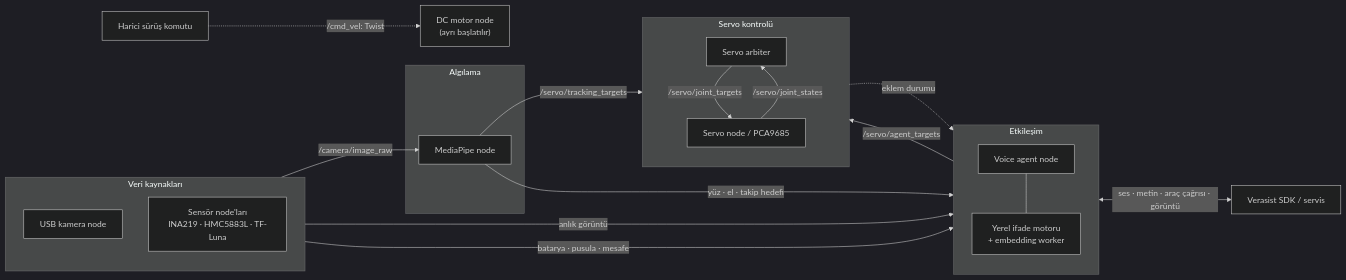
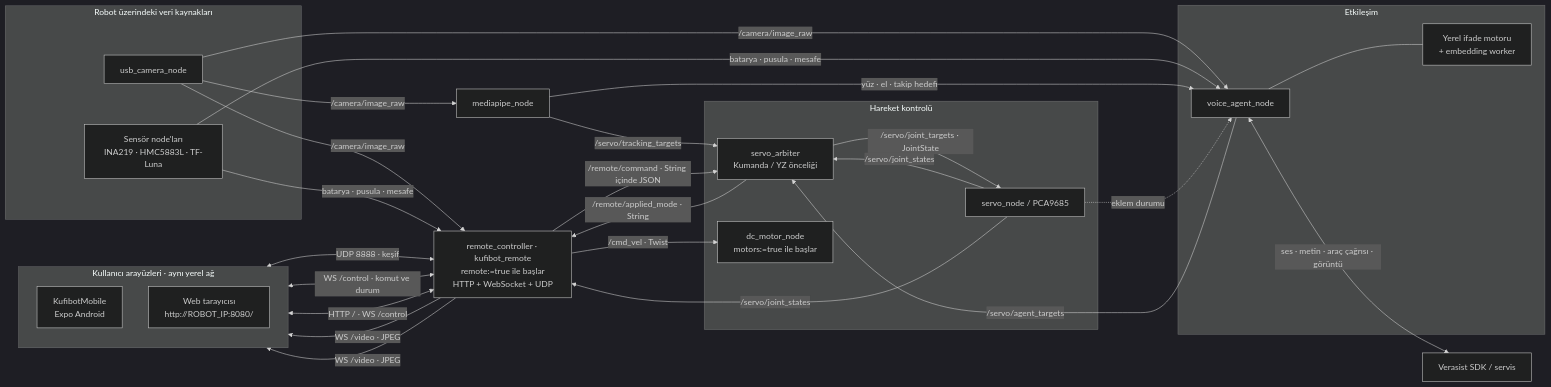
One commit to electronicengine/kufibot.ros2 changed the first of 3 diagrams in README.md. Above: the diagram before and after it, drawn with Mermaid (dark theme). The commit also changed other lines of this file and 41 other files, not shown here.

Commit message:
mobile and web app

````diff
--- a/README.md
+++ b/README.md
@@ -55,40 +70,50 @@
 ```mermaid
 flowchart LR
-    subgraph Input["Veri kaynakları"]
+    subgraph Clients["Kullanıcı arayüzleri · aynı yerel ağ"]
         direction TB
-        Camera["USB kamera node"]
+        Mobile["KufibotMobile<br/>Expo Android"]
+        Browser["Web tarayıcısı<br/>http://ROBOT_IP:8080/"]
+    end
+
+    subgraph Input["Robot üzerindeki veri kaynakları"]
+        Camera["usb_camera_node"]
         Sensors["Sensör node'ları<br/>INA219 · HMC5883L · TF-Luna"]
     end
 
-    subgraph Perception["Algılama"]
-        MP["MediaPipe node"]
+    MP["mediapipe_node"]
+    subgraph Interaction["Etkileşim"]
+        Voice["voice_agent_node"]
+        Expressions["Yerel ifade motoru<br/>+ embedding worker"]
+    end
+    Remote["remote_controller · kufibot_remote<br/>remote:=true ile başlar<br/>HTTP + WebSocket + UDP"]
+    Cloud["Verasist SDK / servis"]
+
+    subgraph Motion["Hareket kontrolü"]
+        Arbiter["servo_arbiter<br/>Kumanda / YZ önceliği"]
+        Servo["servo_node / PCA9685"]
+        Motor["dc_motor_node<br/>motors:=true ile başlar"]
     end
 
-    subgraph Interaction["Etkileşim"]
-        direction TB
-        Voice["Voice agent node"]
-        Expressions["Yerel ifade motoru<br/>+ embedding worker"]
-    end
-
-    subgraph Motion["Servo kontrolü"]
-        direction TB
-        Arbiter["Servo arbiter"]
-        Servo["Servo node / PCA9685"]
-    end
-
-    Cloud["Verasist SDK / servis"]
-
+    Mobile <-->|UDP 8888 · keşif| Remote
+    Mobile <-->|WS /control · komut ve durum| Remote
+    Browser <-->|HTTP / · WS /control| Remote
+    Remote -->|WS /video · JPEG| Mobile
+    Remote -->|WS /video · JPEG| Browser
     Camera -->|/camera/image_raw| MP
-    Camera -->|anlık görüntü| Voice
+    Camera -->|/camera/image_raw| Voice
+    Camera -->|/camera/image_raw| Remote
     Sensors -->|batarya · pusula · mesafe| Voice
+    Sensors -->|batarya · pusula · mesafe| Remote
     MP -->|yüz · el · takip hedefi| Voice
     MP -->|/servo/tracking_targets| Arbiter
     Voice --- Expressions
     Voice <-->|ses · metin · araç çağrısı · görüntü| Cloud
     Voice -->|/servo/agent_targets| Arbiter
-    Arbiter -->|/servo/joint_targets| Servo
+    Remote -->|/remote/command · String içinde JSON| Arbiter
+    Arbiter -->|/remote/applied_mode · String| Remote
+    Arbiter -->|/servo/joint_targets · JointState| Servo
     Servo -->|/servo/joint_states| Arbiter
+    Servo -->|/servo/joint_states| Remote
     Servo -.->|eklem durumu| Voice
-
-    Operator["Harici sürüş komutu"] -.->|/cmd_vel: Twist| Motor["DC motor node<br/>(ayrı başlatılır)"]
+    Remote -->|/cmd_vel · Twist| Motor
 ```
````
